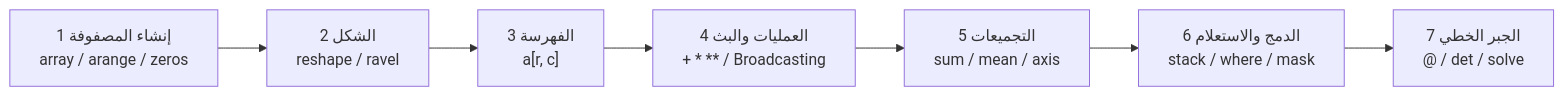
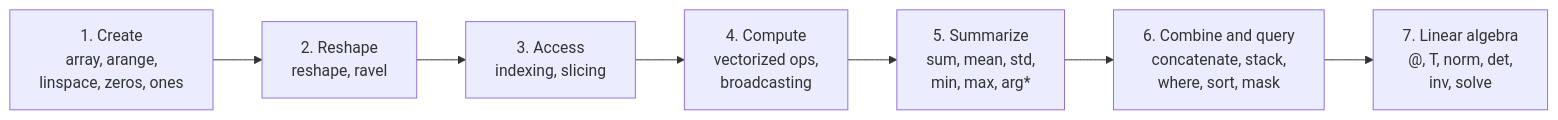
The first of 2 diagrams in ML Lec -03 ''Numpy''/README.md (ali-raafat-33/Machine-Learning-Course), drawn with Mermaid before and after one commit. The commit also changed other lines of this file, not shown here.

````diff
--- a/ML Lec -03 ''Numpy''/README.md
+++ b/ML Lec -03 ''Numpy''/README.md
@@ -288,9 +80,9 @@
 ```mermaid
 flowchart LR
-    A["1 إنشاء المصفوفة<br/>array / arange / zeros"] --> B["2 الشكل<br/>reshape / ravel"]
-    B --> C["3 الفهرسة<br/>a[r, c]"]
-    C --> D["4 العمليات والبث<br/>+ * ** / Broadcasting"]
-    D --> E["5 التجميعات<br/>sum / mean / axis"]
-    E --> F["6 الدمج والاستعلام<br/>stack / where / mask"]
-    F --> G["7 الجبر الخطي<br/>@ / det / solve"]
+    A["1. Create<br/>array, arange,<br/>linspace, zeros, ones"] --> B["2. Reshape<br/>reshape, ravel"]
+    B --> C["3. Access<br/>indexing, slicing"]
+    C --> D["4. Compute<br/>vectorized ops,<br/>broadcasting"]
+    D --> E["5. Summarize<br/>sum, mean, std,<br/>min, max, arg*"]
+    E --> F["6. Combine and query<br/>concatenate, stack,<br/>where, sort, mask"]
+    F --> G["7. Linear algebra<br/>@, T, norm, det,<br/>inv, solve"]
 ```
````
